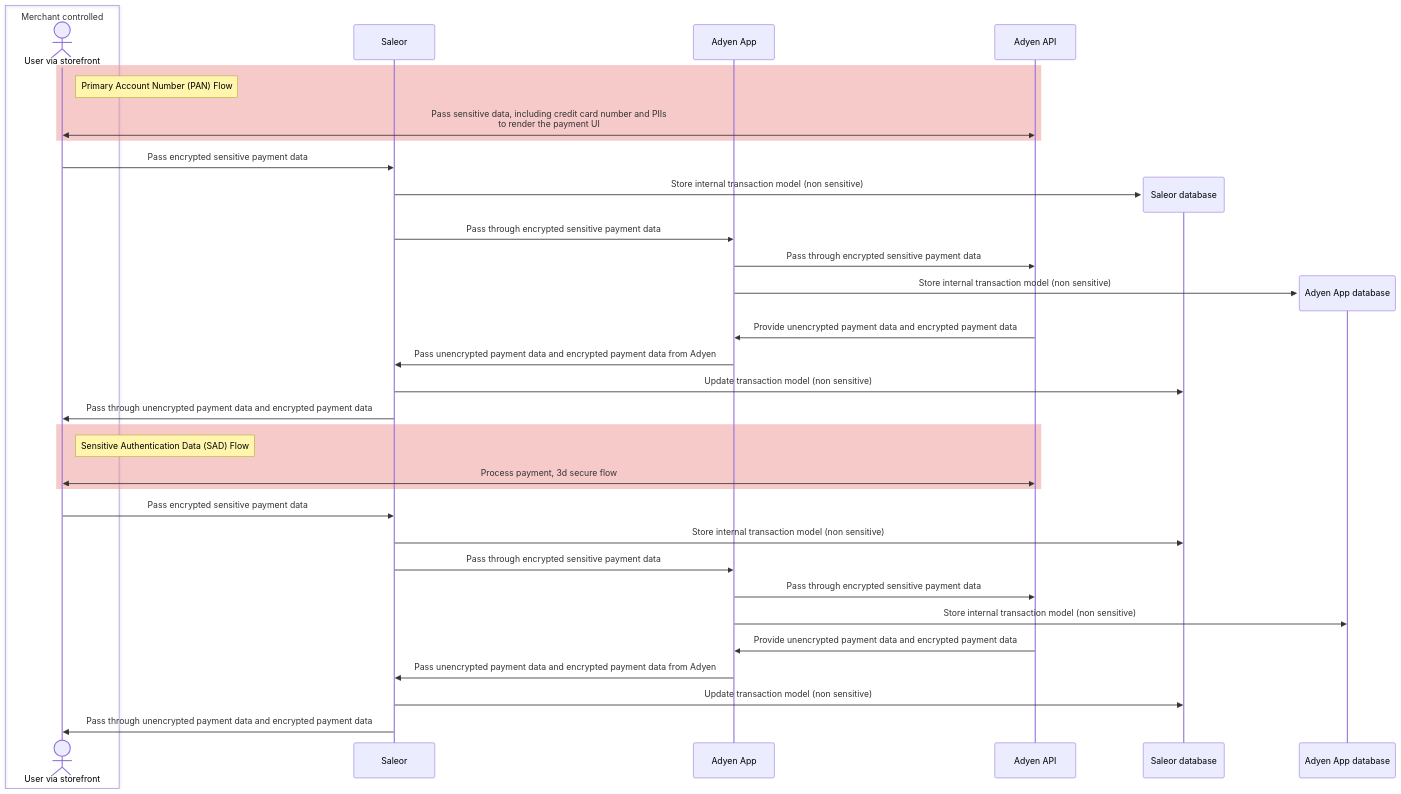
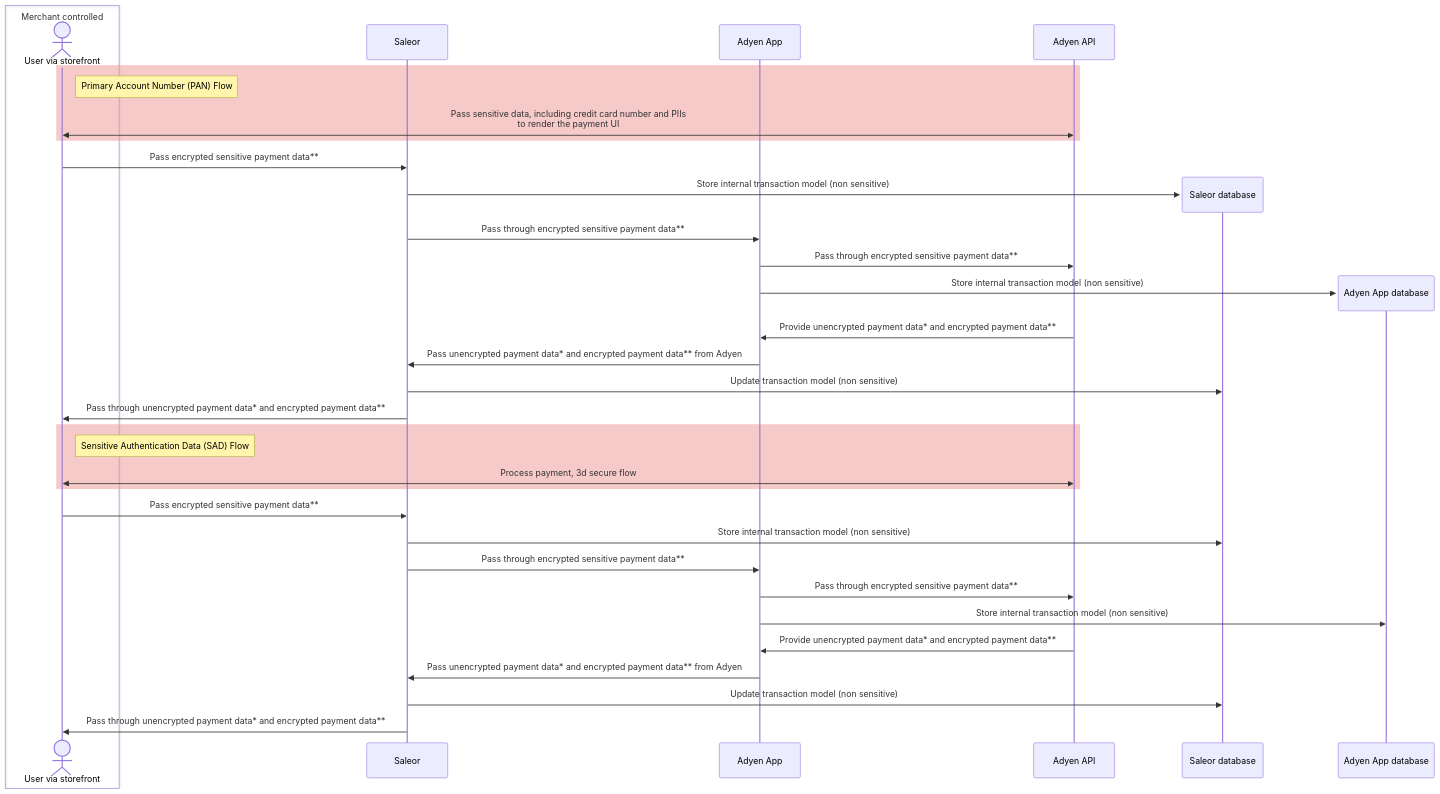
The diagram in docs/developer/app-store/apps/adyen/pci-dss.mdx (saleor/saleor-docs), drawn with Mermaid before and after one commit. The commit also changed other lines of this file, not shown here.

Commit message:
Add remarks

````diff
--- a/docs/developer/app-store/apps/adyen/pci-dss.mdx
+++ b/docs/developer/app-store/apps/adyen/pci-dss.mdx
@@ -9,43 +9,43 @@
 ```mermaid
 sequenceDiagram
     box Merchant controlled
     actor User via storefront
     end
     participant Saleor
     participant Adyen App
     participant Adyen API
 
     rect rgba(240,150,150,0.5)
         note right of User via storefront: Primary Account Number (PAN) Flow
         User via storefront <<->> Adyen API: Pass sensitive data, including credit card number and PIIs<br/>to render the payment UI
     end
 
-    User via storefront ->> Saleor: Pass encrypted sensitive payment data
+    User via storefront ->> Saleor: Pass encrypted sensitive payment data**
     create participant Saleor database
     Saleor ->> Saleor database: Store internal transaction model (non sensitive)
-    Saleor ->> Adyen App: Pass through encrypted sensitive payment data
-    Adyen App ->> Adyen API: Pass through encrypted sensitive payment data
+    Saleor ->> Adyen App: Pass through encrypted sensitive payment data**
+    Adyen App ->> Adyen API: Pass through encrypted sensitive payment data**
     create participant Adyen App database
     Adyen App ->> Adyen App database: Store internal transaction model (non sensitive)
 
-    Adyen API ->> Adyen App: Provide unencrypted payment data and encrypted payment data
-    Adyen App ->> Saleor: Pass unencrypted payment data and encrypted payment data from Adyen
+    Adyen API ->> Adyen App: Provide unencrypted payment data* and encrypted payment data**
+    Adyen App ->> Saleor: Pass unencrypted payment data* and encrypted payment data** from Adyen
     Saleor ->> Saleor database: Update transaction model (non sensitive)
-    Saleor ->> User via storefront: Pass through unencrypted payment data and encrypted payment data 
+    Saleor ->> User via storefront: Pass through unencrypted payment data* and encrypted payment data** 
 
     rect rgba(240,150,150,0.5)
         note right of User via storefront: Sensitive Authentication Data (SAD) Flow
         User via storefront <<->> Adyen API: Process payment, 3d secure flow
     end
 
-    User via storefront ->> Saleor: Pass encrypted sensitive payment data
+    User via storefront ->> Saleor: Pass encrypted sensitive payment data**
     Saleor ->> Saleor database: Store internal transaction model (non sensitive)
-    Saleor ->> Adyen App: Pass through encrypted sensitive payment data
-    Adyen App ->> Adyen API: Pass through encrypted sensitive payment data
+    Saleor ->> Adyen App: Pass through encrypted sensitive payment data**
+    Adyen App ->> Adyen API: Pass through encrypted sensitive payment data**
     Adyen App ->> Adyen App database: Store internal transaction model (non sensitive)
 
-    Adyen API ->> Adyen App: Provide unencrypted payment data and encrypted payment data
-    Adyen App ->> Saleor: Pass unencrypted payment data and encrypted payment data from Adyen
+    Adyen API ->> Adyen App: Provide unencrypted payment data* and encrypted payment data**
+    Adyen App ->> Saleor: Pass unencrypted payment data* and encrypted payment data** from Adyen
     Saleor ->> Saleor database: Update transaction model (non sensitive)
-    Saleor ->> User via storefront: Pass through unencrypted payment data and encrypted payment data 
+    Saleor ->> User via storefront: Pass through unencrypted payment data* and encrypted payment data** 
 ```
````
